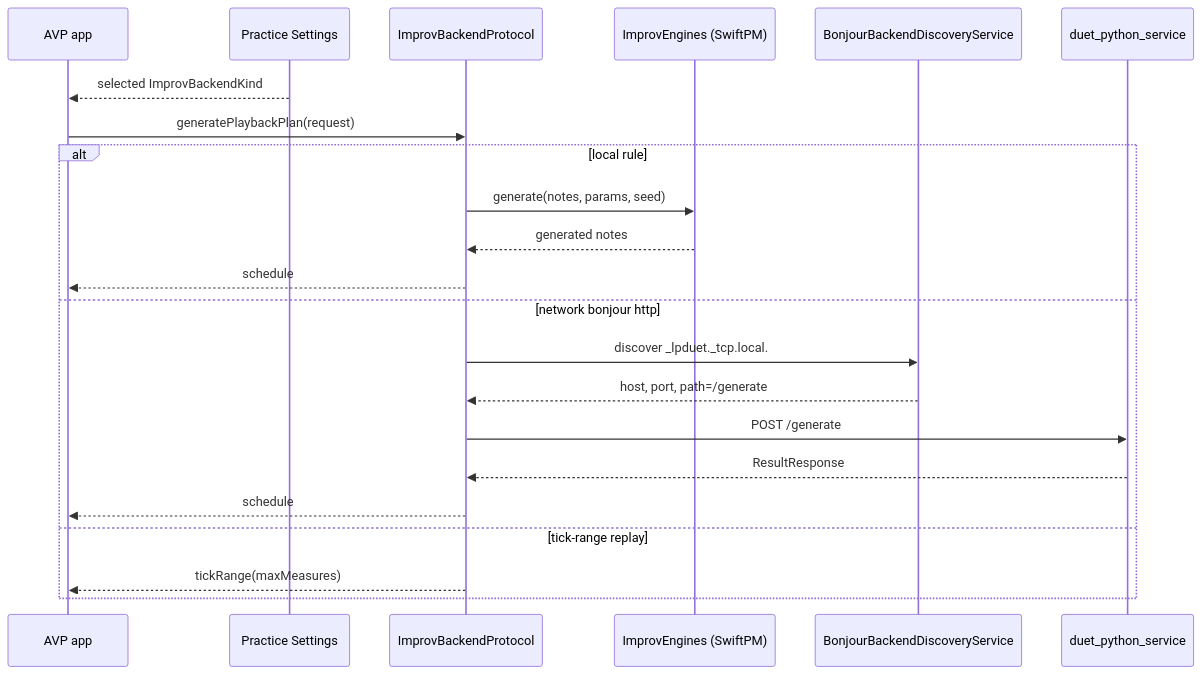
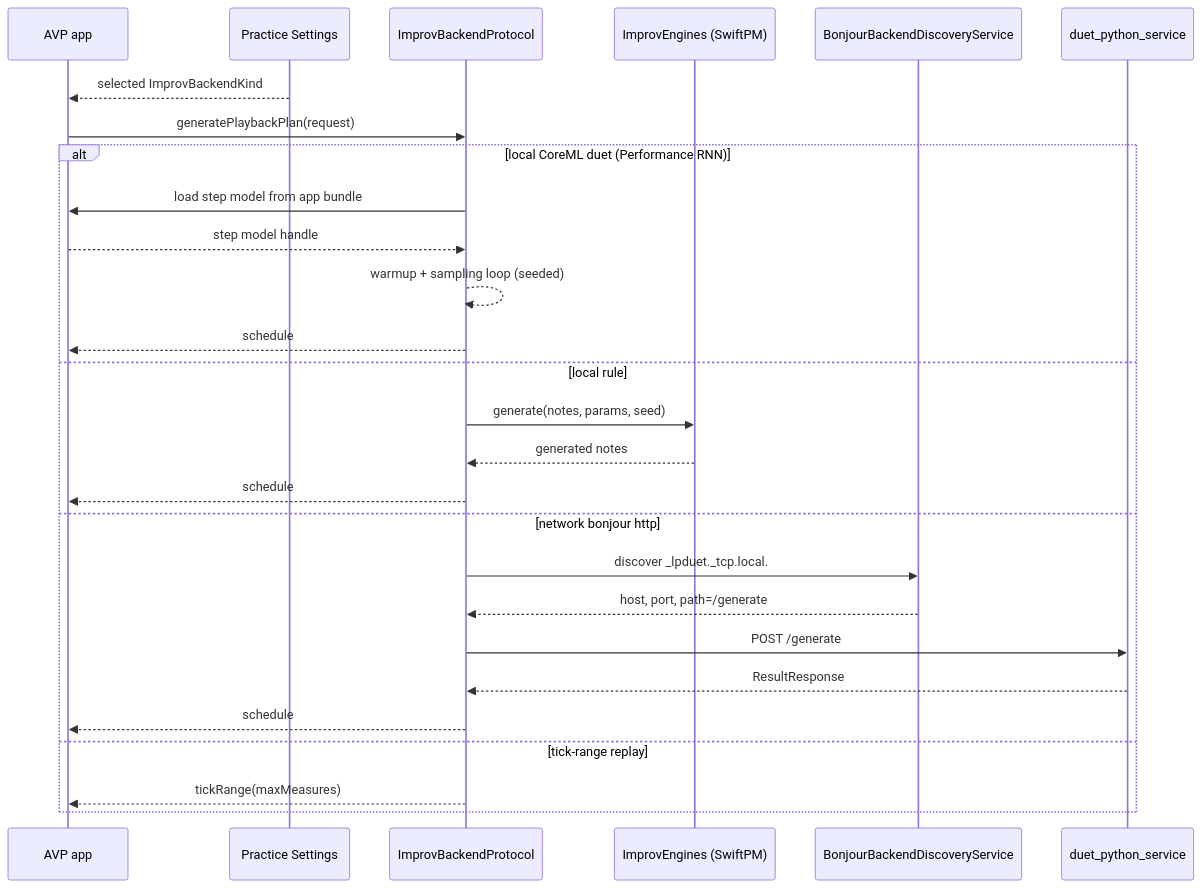
Before and after one commit to chiimagnus/Amoroso: the fourth of 4 diagrams in docs/data-flow.md, drawn with Mermaid. The commit also changed other lines of this file and 2 other files, not shown here.

Commit message:
docs: P3-T1 - 记录 AVP CoreML Duet 模型生成与放置流程

````diff
--- a/docs/data-flow.md
+++ b/docs/data-flow.md
@@ -107,25 +108,30 @@
 ```mermaid
 sequenceDiagram
   participant AVP as AVP app
   participant Settings as Practice Settings
   participant Backend as ImprovBackendProtocol
   participant Engines as ImprovEngines (SwiftPM)
   participant Bonjour as BonjourBackendDiscoveryService
   participant API as duet_python_service
 
   Settings-->>AVP: selected ImprovBackendKind
   AVP->>Backend: generatePlaybackPlan(request)
-  alt local rule
+  alt local CoreML duet (Performance RNN)
+    Backend->>AVP: load step model from app bundle
+    AVP-->>Backend: step model handle
+    Backend-->>Backend: warmup + sampling loop (seeded)
+    Backend-->>AVP: schedule
+  else local rule
     Backend->>Engines: generate(notes, params, seed)
     Engines-->>Backend: generated notes
     Backend-->>AVP: schedule
   else network bonjour http
     Backend->>Bonjour: discover _lpduet._tcp.local.
     Bonjour-->>Backend: host, port, path=/generate
     Backend->>API: POST /generate
     API-->>Backend: ResultResponse
     Backend-->>AVP: schedule
   else tick-range replay
     Backend-->>AVP: tickRange(maxMeasures)
   end
 ```
````
